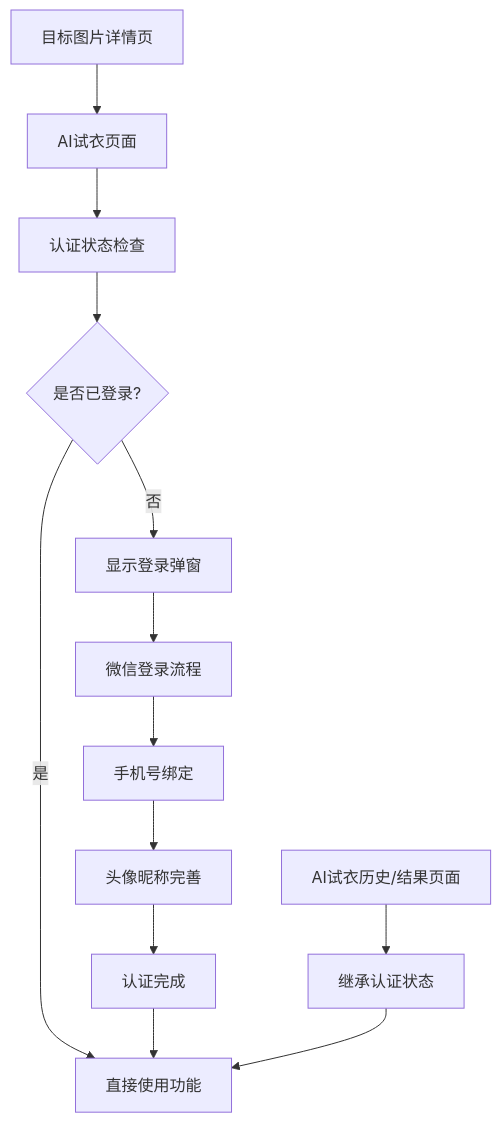
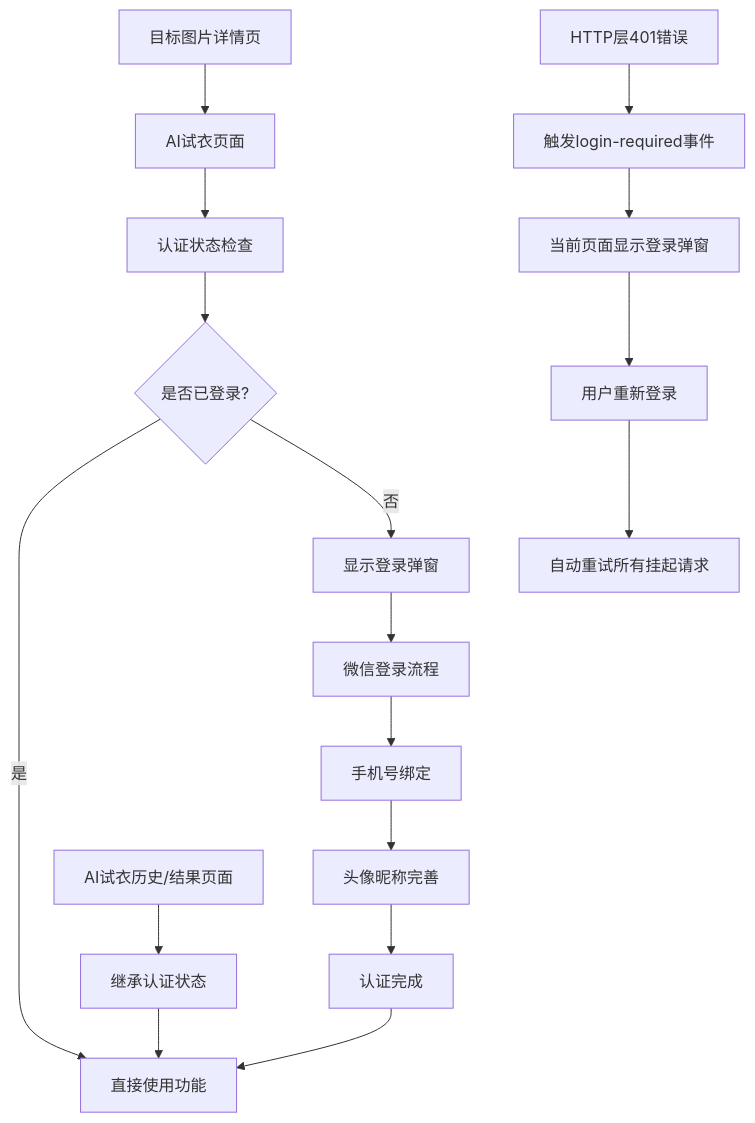
Before and after one commit to crazyma99/blueberry: diagram 12 of 13 in .qoder/repowiki/zh/content/核心功能模块/用户认证系统.md, drawn with Mermaid. The commit also changed other lines of this file and 7 other files, not shown here.

````diff
--- a/.qoder/repowiki/zh/content/核心功能模块/用户认证系统.md
+++ b/.qoder/repowiki/zh/content/核心功能模块/用户认证系统.md
@@ -478,15 +616,19 @@
 ```mermaid
 flowchart TD
 A["目标图片详情页"] --> B["AI试衣页面"]
 B --> C["认证状态检查"]
 C --> D{"是否已登录?"}
 D --> |是| E["直接使用功能"]
 D --> |否| F["显示登录弹窗"]
 F --> G["微信登录流程"]
 G --> H["手机号绑定"]
 H --> I["头像昵称完善"]
 I --> J["认证完成"]
 J --> E
 K["AI试衣历史/结果页面"] --> L["继承认证状态"]
 L --> E
+M["HTTP层401错误"] --> N["触发login-required事件"]
+N --> O["当前页面显示登录弹窗"]
+O --> P["用户重新登录"]
+P --> Q["自动重试所有挂起请求"]
 ```
````
